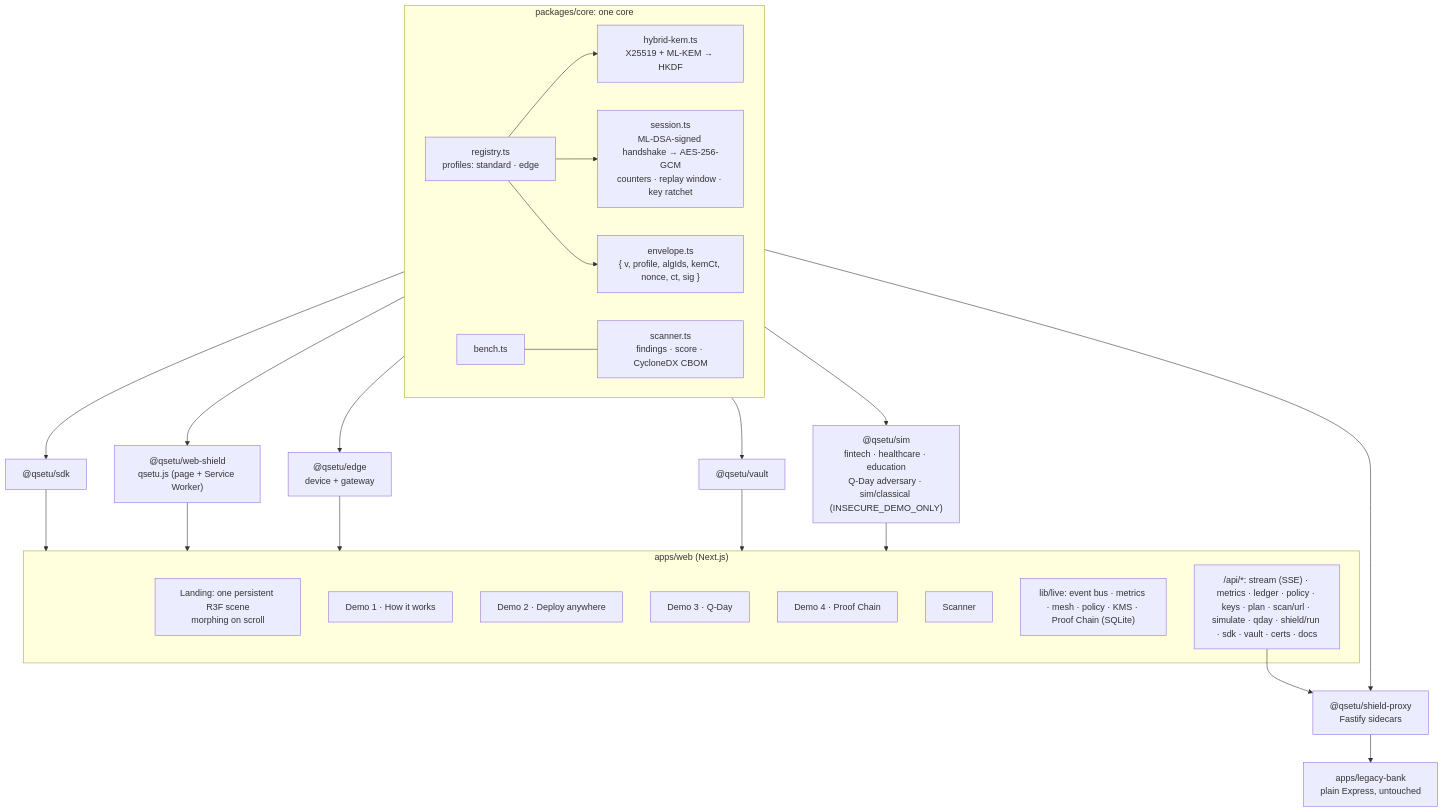
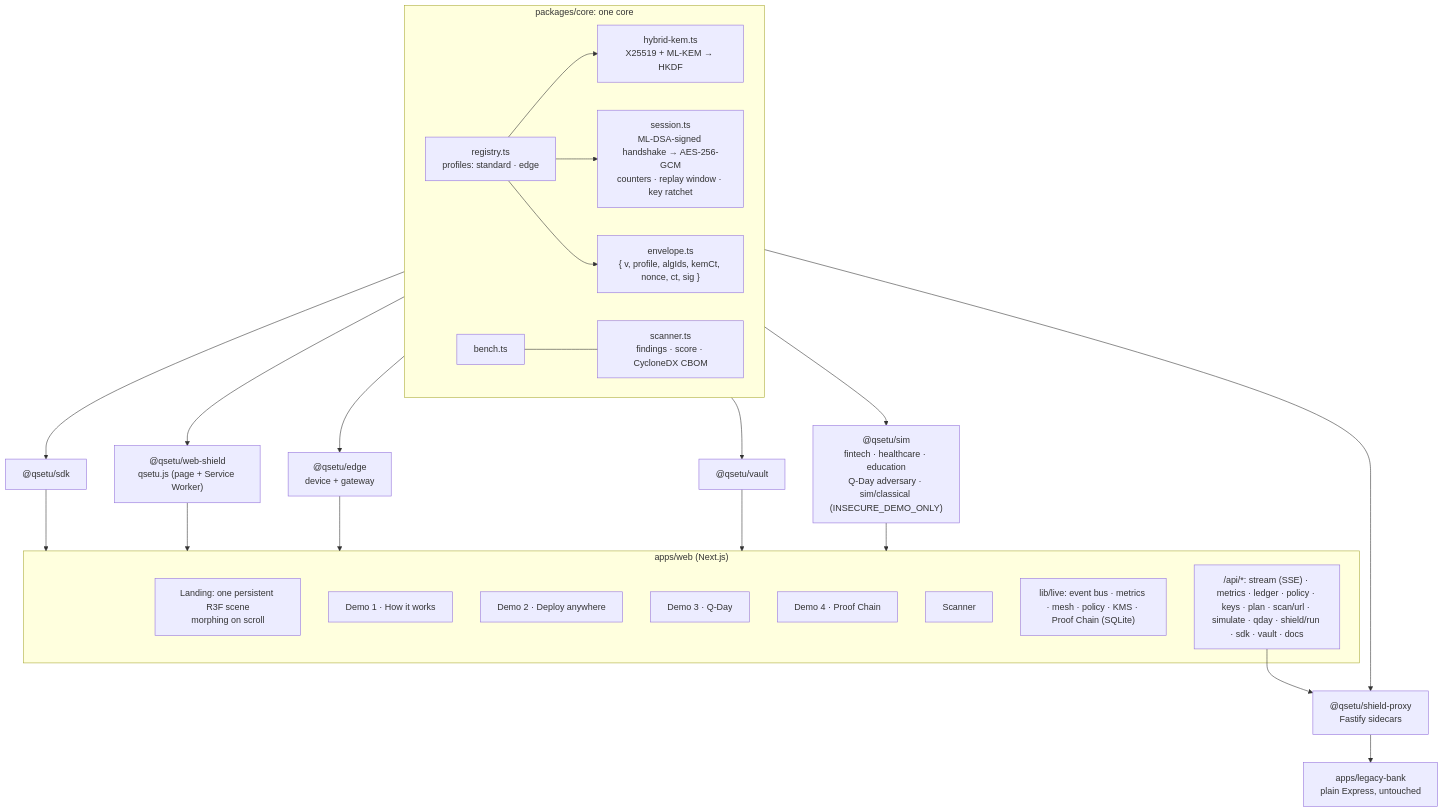
Before and after one commit to Yojan-ui/quantumledger: the diagram in q-setu/README.md, drawn with Mermaid. The commit also changed 72 other files, not shown here.

````diff
--- a/q-setu/README.md
+++ b/q-setu/README.md
@@ -23,20 +23,20 @@
 ```mermaid
 flowchart TB
   subgraph core["packages/core: one core"]
     R["registry.ts<br/>profiles: standard · edge"] --> H["hybrid-kem.ts<br/>X25519 + ML-KEM → HKDF"]
     R --> S["session.ts<br/>ML-DSA-signed handshake → AES-256-GCM<br/>counters · replay window · key ratchet"]
     R --> E["envelope.ts<br/>{ v, profile, algIds, kemCt, nonce, ct, sig }"]
     B[bench.ts] --- SC["scanner.ts<br/>findings · score · CycloneDX CBOM"]
   end
   core --> SDK["@qsetu/sdk"] & WEB["@qsetu/web-shield<br/>qsetu.js (page + Service Worker)"] & SH["@qsetu/shield-proxy<br/>Fastify sidecars"] & EDGE["@qsetu/edge<br/>device + gateway"] & VAULT["@qsetu/vault"]
   SH --> LEG["apps/legacy-bank<br/>plain Express, untouched"]
   core --> SIM["@qsetu/sim<br/>fintech · healthcare · education<br/>Q-Day adversary · sim/classical (INSECURE_DEMO_ONLY)"]
   subgraph web["apps/web (Next.js)"]
     SITE["Landing: one persistent R3F scene<br/>morphing on scroll"]
     D1[Demo 1 · How it works] & D2[Demo 2 · Deploy anywhere] & D3[Demo 3 · Q-Day] & D4[Demo 4 · Proof Chain] & SCN[Scanner]
     BUS["lib/live: event bus · metrics · mesh · policy · KMS · Proof Chain (SQLite)"]
-    API["/api/*: stream (SSE) · metrics · ledger · policy · keys · plan · scan/url · simulate · qday · shield/run · sdk · vault · certs · docs"]
+    API["/api/*: stream (SSE) · metrics · ledger · policy · keys · plan · scan/url · simulate · qday · shield/run · sdk · vault · docs"]
   end
   SDK & WEB & EDGE & VAULT & SIM --> web
   API --> SH
 ```
````
